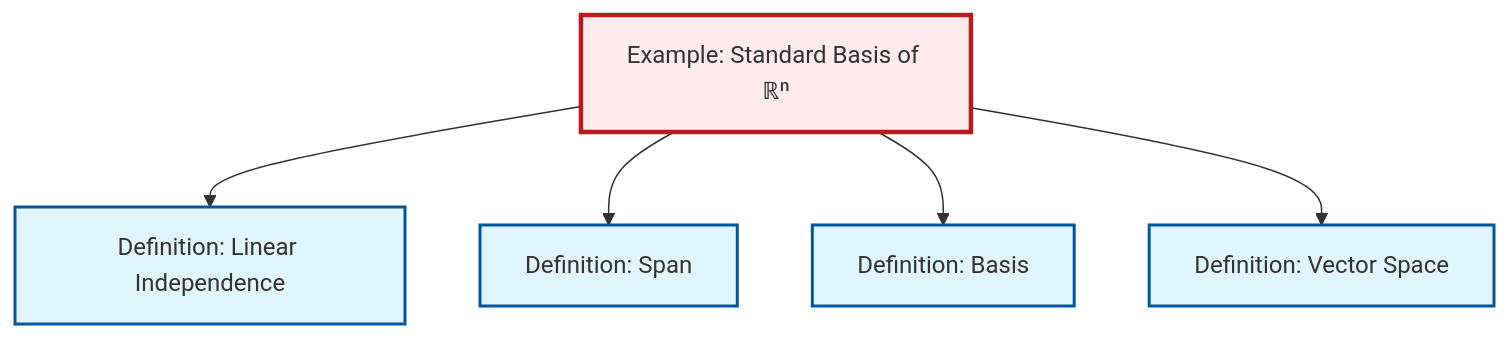
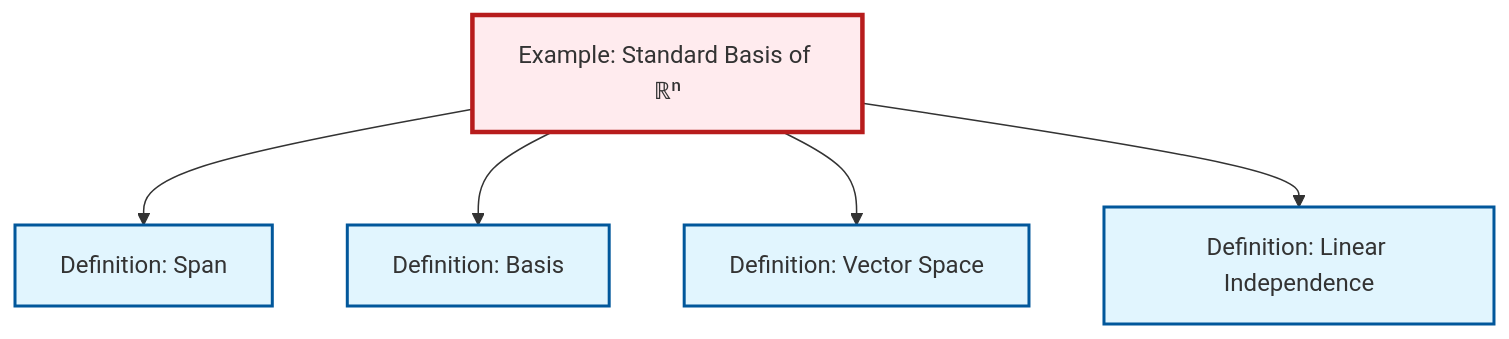
Before and after one commit to RK0429/ModernMath: the diagram in content/en/algebra/ex-standard-basis-rn.qmd, drawn with Mermaid. The commit also changed other lines of this file and 554 other files, not shown here.

````diff
--- a/content/en/algebra/ex-standard-basis-rn.qmd
+++ b/content/en/algebra/ex-standard-basis-rn.qmd
@@ -62,23 +62,23 @@
 ```{mermaid}
 %%| fig-cap: "Local dependency graph"
 graph TD
     classDef definition fill:#e1f5fe,stroke:#01579b,stroke-width:2px
     classDef theorem fill:#f3e5f5,stroke:#4a148c,stroke-width:2px
     classDef axiom fill:#fff3e0,stroke:#e65100,stroke-width:2px
     classDef example fill:#e8f5e9,stroke:#1b5e20,stroke-width:2px
     classDef current fill:#ffebee,stroke:#b71c1c,stroke-width:3px
-    ex-standard-basis-rn["Example: Standard Basis of ℝⁿ"]:::example
     def-vector-space["Definition: Vector Space"]:::definition
     def-span["Definition: Span"]:::definition
+    def-basis["Definition: Basis"]:::definition
+    ex-standard-basis-rn["Example: Standard Basis of ℝⁿ"]:::example
     def-linear-independence["Definition: Linear Independence"]:::definition
-    def-basis["Definition: Basis"]:::definition
-    ex-standard-basis-rn --> def-linear-independence
     ex-standard-basis-rn --> def-span
     ex-standard-basis-rn --> def-basis
     ex-standard-basis-rn --> def-vector-space
+    ex-standard-basis-rn --> def-linear-independence
     class ex-standard-basis-rn current
     click def-vector-space "def-vector-space.html" "Go to Vector Space definition"
     click def-span "def-span.html" "Go to Span definition"
+    click def-basis "def-basis.html" "Go to Basis definition"
     click def-linear-independence "def-linear-independence.html" "Go to Linear Independence definition"
-    click def-basis "def-basis.html" "Go to Basis definition"
 ```
````
